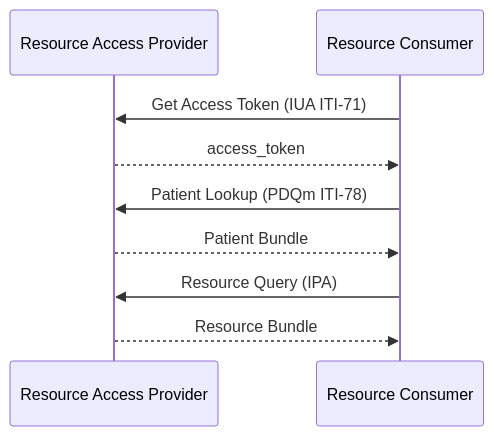
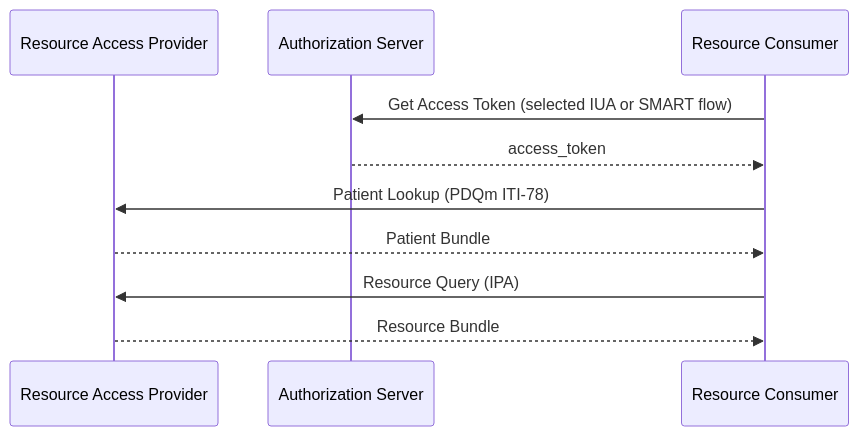
The second of 2 diagrams in input/pagecontent/actors.md (euridice-org/eu-health-data-api), drawn with Mermaid before and after one commit. The commit also changed other lines of this file and 22 other files, not shown here.

````diff
--- a/input/pagecontent/actors.md
+++ b/input/pagecontent/actors.md
@@ -148,12 +150,13 @@
 ```mermaid
 sequenceDiagram
     participant Provider as Resource Access Provider
+  participant Authorization as Authorization Server
     participant Consumer as Resource Consumer
 
-    Consumer->>Provider: Get Access Token (IUA ITI-71)
-    Provider-->>Consumer: access_token
+  Consumer->>Authorization: Get Access Token (selected IUA or SMART flow)
+  Authorization-->>Consumer: access_token
     Consumer->>Provider: Patient Lookup (PDQm ITI-78)
     Provider-->>Consumer: Patient Bundle
     Consumer->>Provider: Resource Query (IPA)
     Provider-->>Consumer: Resource Bundle
 ```
````
